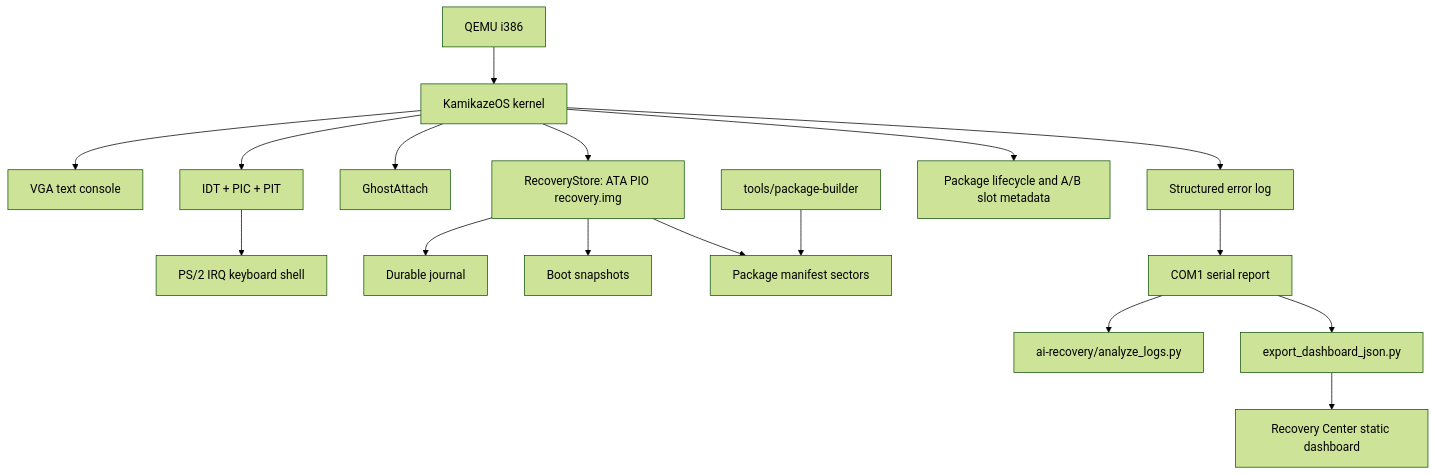
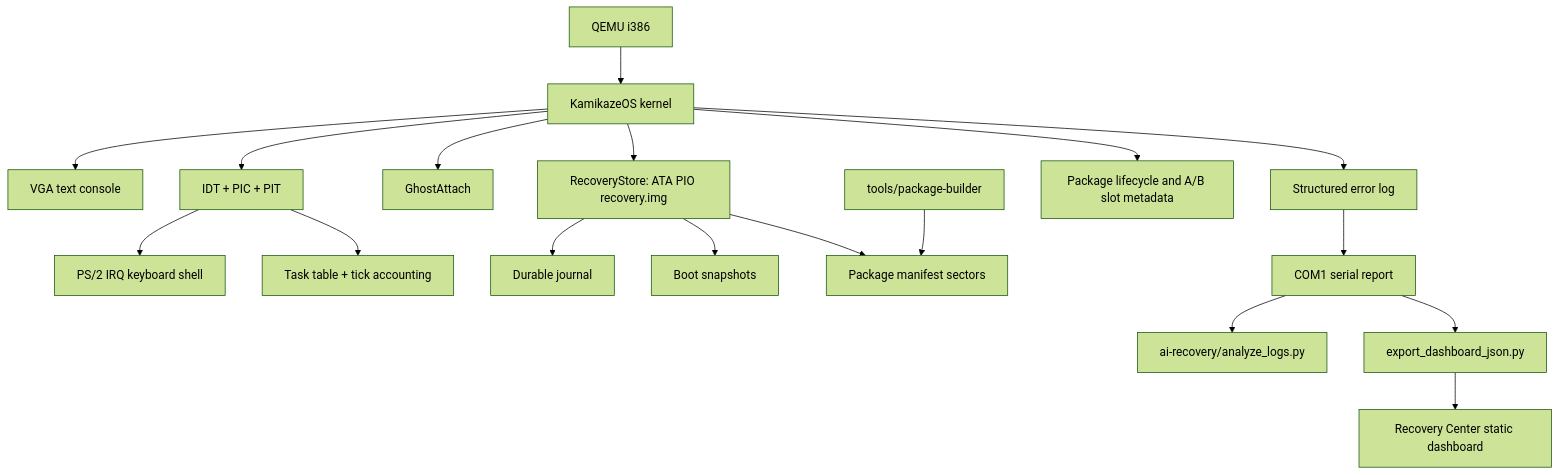
The diagram in README.md (kaamikazi/kamikazeos), drawn with Mermaid (forest theme) before and after one commit. The commit also changed other lines of this file and 21 other files, not shown here.

````diff
--- a/README.md
+++ b/README.md
@@ -35,19 +36,20 @@
 ```mermaid
 flowchart TD
   QEMU["QEMU i386"] --> Kernel["KamikazeOS kernel"]
   Kernel --> VGA["VGA text console"]
   Kernel --> IRQ["IDT + PIC + PIT"]
   IRQ --> Keyboard["PS/2 IRQ keyboard shell"]
+  IRQ --> Tasks["Task table + tick accounting"]
   Kernel --> Ghost["GhostAttach"]
   Kernel --> Errors["Structured error log"]
   Kernel --> Store["RecoveryStore: ATA PIO recovery.img"]
   Store --> Journal["Durable journal"]
   Store --> Snapshots["Boot snapshots"]
   Store --> Manifests["Package manifest sectors"]
   Kernel --> Packages["Package lifecycle and A/B slot metadata"]
   Errors --> Serial["COM1 serial report"]
   Serial --> Analyzer["ai-recovery/analyze_logs.py"]
   Serial --> Exporter["export_dashboard_json.py"]
   Exporter --> Dashboard["Recovery Center static dashboard"]
   Tools["tools/package-builder"] --> Manifests
 ```
````
